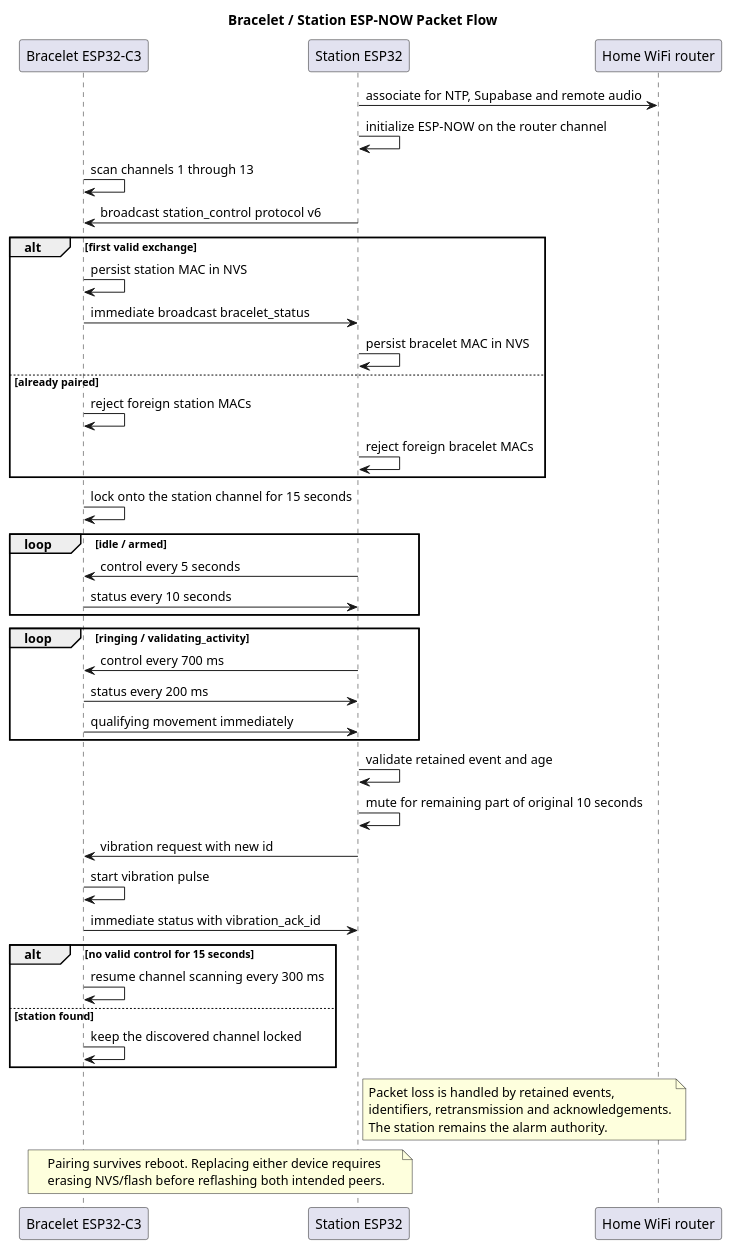
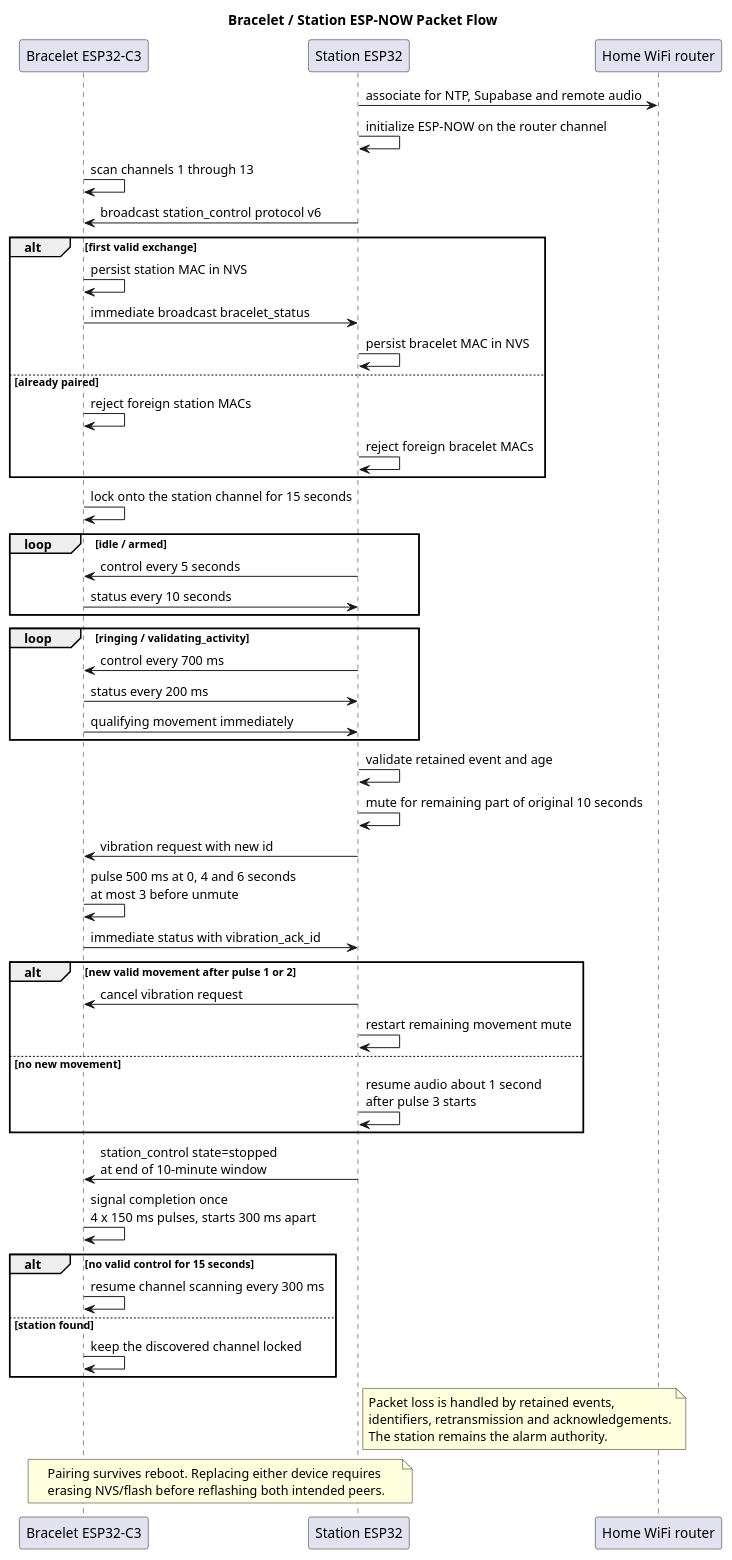
One commit to Jzn-wbr/Starter changed the diagram in code/bracelet/UML/esp_now_packet_flow.puml. Above: the diagram before and after it, drawn with PlantUML. The commit also changed 8 other files, not shown here.

Commit message:
Adjust bracelet vibration warnings

```diff
--- a/code/bracelet/UML/esp_now_packet_flow.puml
+++ b/code/bracelet/UML/esp_now_packet_flow.puml
@@ -1,58 +1,67 @@
 @startuml
 title Bracelet / Station ESP-NOW Packet Flow
 
 participant "Bracelet ESP32-C3" as Bracelet
 participant "Station ESP32" as Station
 participant "Home WiFi router" as Router
 
 Station -> Router : associate for NTP, Supabase and remote audio
 Station -> Station : initialize ESP-NOW on the router channel
 Bracelet -> Bracelet : scan channels 1 through 13
 Station -> Bracelet : broadcast station_control protocol v6
 
 alt first valid exchange
   Bracelet -> Bracelet : persist station MAC in NVS
   Bracelet -> Station : immediate broadcast bracelet_status
   Station -> Station : persist bracelet MAC in NVS
 else already paired
   Bracelet -> Bracelet : reject foreign station MACs
   Station -> Station : reject foreign bracelet MACs
 end
 
 Bracelet -> Bracelet : lock onto the station channel for 15 seconds
 
 loop idle / armed
   Station -> Bracelet : control every 5 seconds
   Bracelet -> Station : status every 10 seconds
 end
 
 loop ringing / validating_activity
   Station -> Bracelet : control every 700 ms
   Bracelet -> Station : status every 200 ms
   Bracelet -> Station : qualifying movement immediately
 end
 
 Station -> Station : validate retained event and age
 Station -> Station : mute for remaining part of original 10 seconds
 Station -> Bracelet : vibration request with new id
-Bracelet -> Bracelet : start vibration pulse
+Bracelet -> Bracelet : pulse 500 ms at 0, 4 and 6 seconds\nat most 3 before unmute
 Bracelet -> Station : immediate status with vibration_ack_id
+alt new valid movement after pulse 1 or 2
+  Station -> Bracelet : cancel vibration request
+  Station -> Station : restart remaining movement mute
+else no new movement
+  Station -> Station : resume audio about 1 second\nafter pulse 3 starts
+end
+
+Station -> Bracelet : station_control state=stopped\nat end of 10-minute window
+Bracelet -> Bracelet : signal completion once\n4 x 150 ms pulses, starts 300 ms apart
 
 alt no valid control for 15 seconds
   Bracelet -> Bracelet : resume channel scanning every 300 ms
 else station found
   Bracelet -> Bracelet : keep the discovered channel locked
 end
 
 note right of Station
   Packet loss is handled by retained events,
   identifiers, retransmission and acknowledgements.
   The station remains the alarm authority.
 end note
 
 note over Bracelet, Station
   Pairing survives reboot. Replacing either device requires
   erasing NVS/flash before reflashing both intended peers.
 end note
 
 @enduml
```
